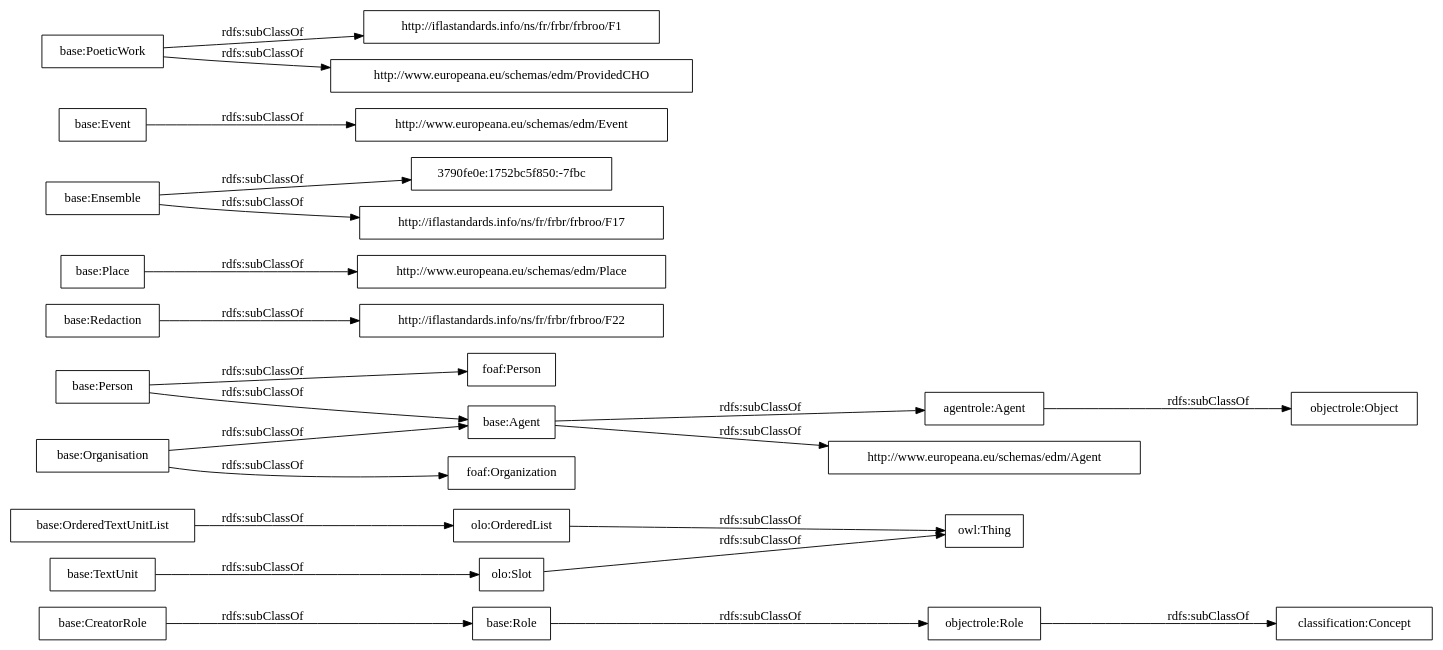
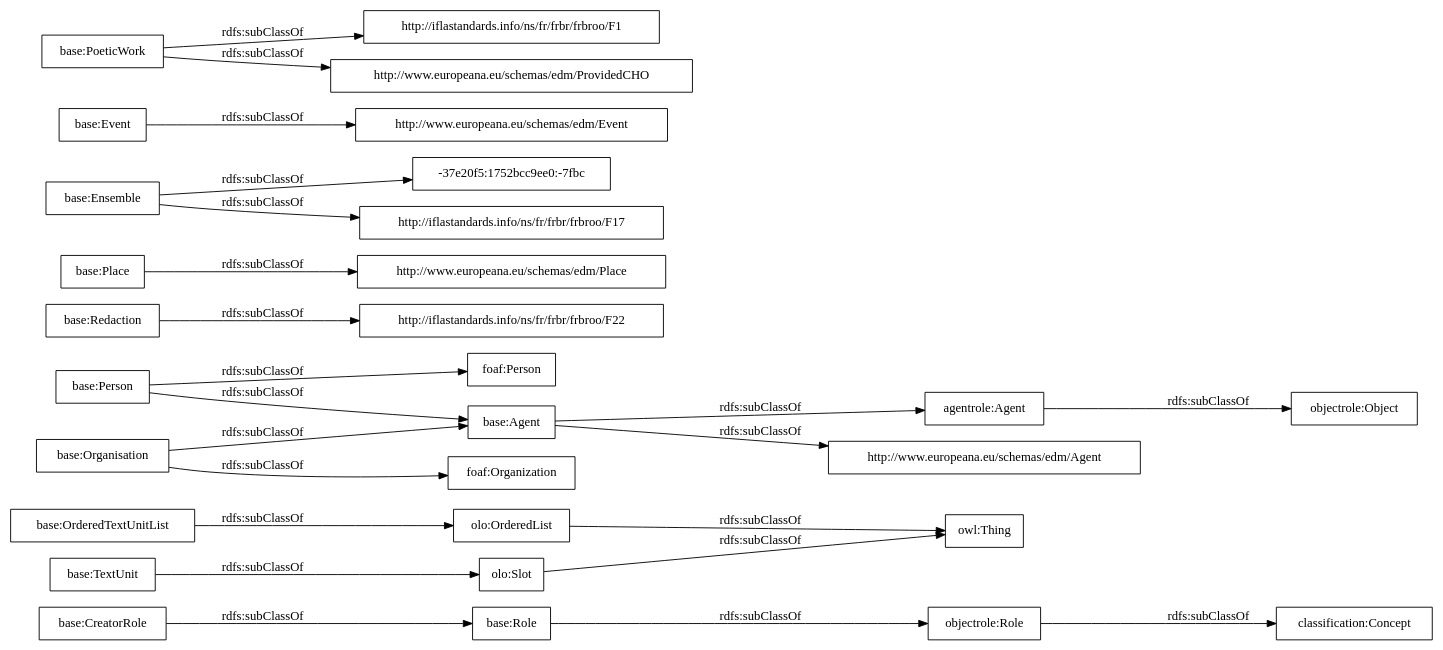
One commit to OnToologyUser/core-ontology-1 changed the diagram in OnToology/postdata-core.owl/diagrams/ar2dtool-taxonomy/postdata-core.owl.png.dot. Above: the diagram before and after it, drawn with Graphviz. The commit also changed 14 other files, not shown here.

```diff
--- a/OnToology/postdata-core.owl/diagrams/ar2dtool-taxonomy/postdata-core.owl.png.dot
+++ b/OnToology/postdata-core.owl/diagrams/ar2dtool-taxonomy/postdata-core.owl.png.dot
@@ -1,27 +1,27 @@
 digraph ar2dtool_diagram { 
 rankdir=LR;
 size="1000"
-node [shape = rectangle, color="black"]; "base:Role" "base:OrderedTextUnitList" "agentrole:Agent" "http://iflastandards.info/ns/fr/frbr/frbroo/F22" "http://www.europeana.eu/schemas/edm/Agent" "base:Agent" "base:CreatorRole" "base:Person" "base:Organisation" "http://www.europeana.eu/schemas/edm/Place" "base:Redaction" "base:Ensemble" "foaf:Person" "http://www.europeana.eu/schemas/edm/Event" "base:TextUnit" "http://iflastandards.info/ns/fr/frbr/frbroo/F1" "foaf:Organization" "http://www.europeana.eu/schemas/edm/ProvidedCHO" "base:Place" "base:Event" "3790fe0e:1752bc5f850:-7fbc" "base:PoeticWork" "http://iflastandards.info/ns/fr/frbr/frbroo/F17" "owl:Thing" "objectrole:Role" "objectrole:Object" "olo:Slot" "olo:OrderedList" "classification:Concept" ; /*classes style*/
+node [shape = rectangle, color="black"]; "base:Role" "base:OrderedTextUnitList" "agentrole:Agent" "http://iflastandards.info/ns/fr/frbr/frbroo/F22" "http://www.europeana.eu/schemas/edm/Agent" "base:Agent" "base:CreatorRole" "base:Person" "base:Organisation" "http://www.europeana.eu/schemas/edm/Place" "base:Redaction" "base:Ensemble" "foaf:Person" "http://www.europeana.eu/schemas/edm/Event" "base:TextUnit" "http://iflastandards.info/ns/fr/frbr/frbroo/F1" "foaf:Organization" "-37e20f5:1752bcc9ee0:-7fbc" "http://www.europeana.eu/schemas/edm/ProvidedCHO" "base:Place" "base:Event" "base:PoeticWork" "http://iflastandards.info/ns/fr/frbr/frbroo/F17" "owl:Thing" "objectrole:Role" "objectrole:Object" "olo:Slot" "olo:OrderedList" "classification:Concept" ; /*classes style*/
 	"base:Redaction" -> "http://iflastandards.info/ns/fr/frbr/frbroo/F22" [ label = "rdfs:subClassOf" ];
 	"base:Role" -> "objectrole:Role" [ label = "rdfs:subClassOf" ];
 	"base:Event" -> "http://www.europeana.eu/schemas/edm/Event" [ label = "rdfs:subClassOf" ];
 	"base:Person" -> "foaf:Person" [ label = "rdfs:subClassOf" ];
 	"base:Person" -> "base:Agent" [ label = "rdfs:subClassOf" ];
 	"olo:OrderedList" -> "owl:Thing" [ label = "rdfs:subClassOf" ];
 	"olo:Slot" -> "owl:Thing" [ label = "rdfs:subClassOf" ];
 	"base:PoeticWork" -> "http://www.europeana.eu/schemas/edm/ProvidedCHO" [ label = "rdfs:subClassOf" ];
 	"base:PoeticWork" -> "http://iflastandards.info/ns/fr/frbr/frbroo/F1" [ label = "rdfs:subClassOf" ];
 	"base:TextUnit" -> "olo:Slot" [ label = "rdfs:subClassOf" ];
 	"agentrole:Agent" -> "objectrole:Object" [ label = "rdfs:subClassOf" ];
-	"base:Ensemble" -> "3790fe0e:1752bc5f850:-7fbc" [ label = "rdfs:subClassOf" ];
+	"base:Ensemble" -> "-37e20f5:1752bcc9ee0:-7fbc" [ label = "rdfs:subClassOf" ];
 	"base:Ensemble" -> "http://iflastandards.info/ns/fr/frbr/frbroo/F17" [ label = "rdfs:subClassOf" ];
 	"base:OrderedTextUnitList" -> "olo:OrderedList" [ label = "rdfs:subClassOf" ];
 	"base:Agent" -> "agentrole:Agent" [ label = "rdfs:subClassOf" ];
 	"base:Agent" -> "http://www.europeana.eu/schemas/edm/Agent" [ label = "rdfs:subClassOf" ];
 	"objectrole:Role" -> "classification:Concept" [ label = "rdfs:subClassOf" ];
 	"base:Place" -> "http://www.europeana.eu/schemas/edm/Place" [ label = "rdfs:subClassOf" ];
 	"base:Organisation" -> "foaf:Organization" [ label = "rdfs:subClassOf" ];
 	"base:Organisation" -> "base:Agent" [ label = "rdfs:subClassOf" ];
 	"base:CreatorRole" -> "base:Role" [ label = "rdfs:subClassOf" ];
 
 }
```
